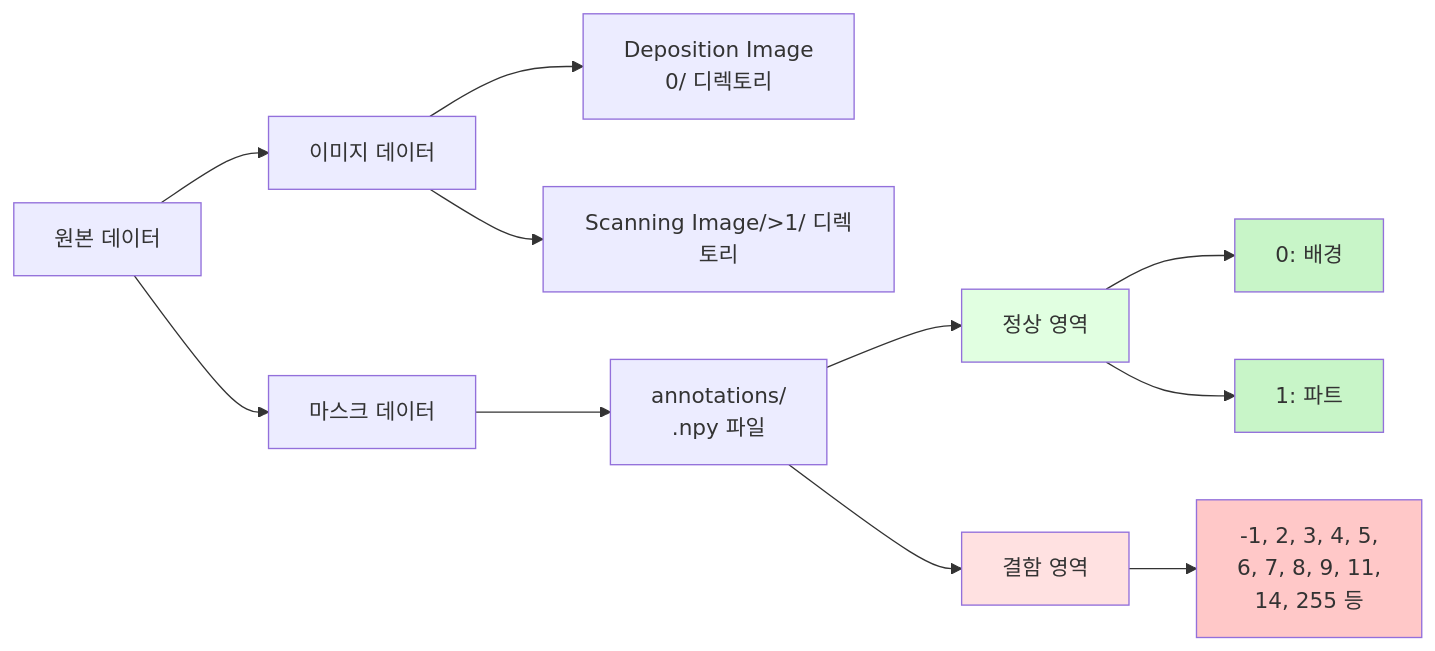
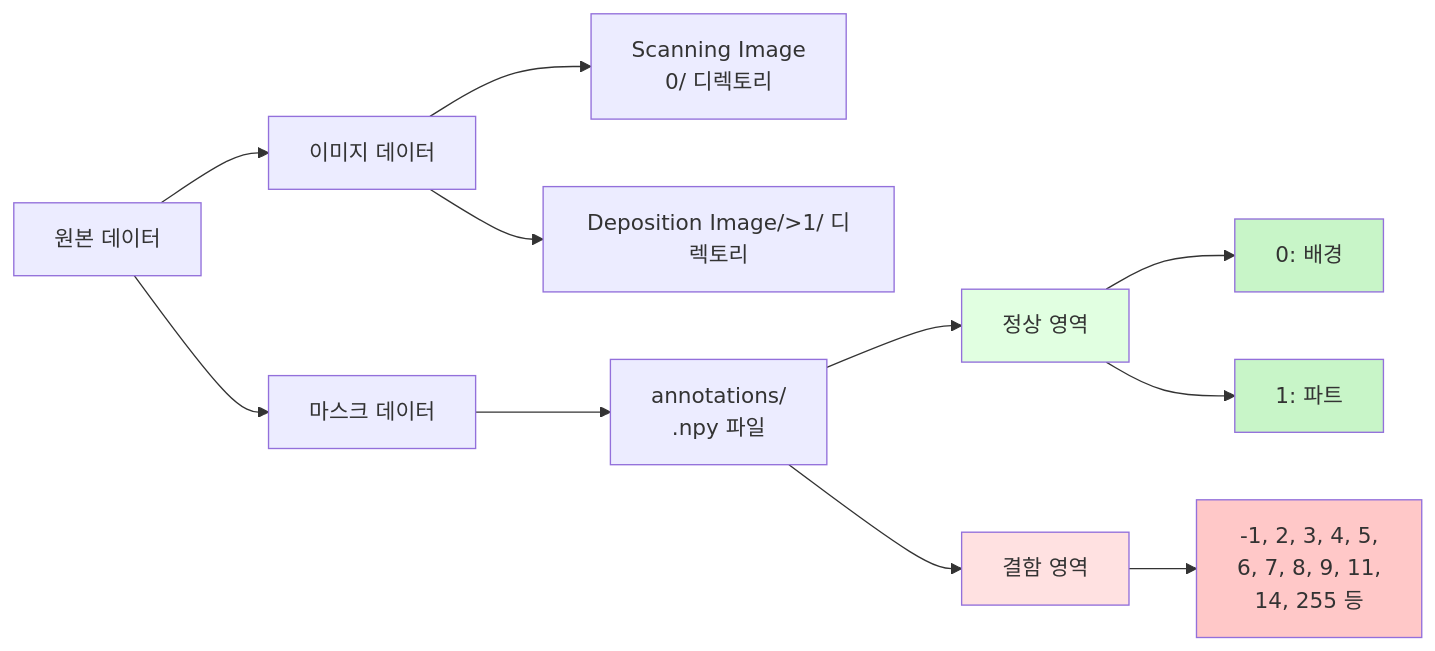
The second of 3 diagrams in README.md (20211938/IoT_FL_AM), drawn with Mermaid before and after one commit. The commit also changed other lines of this file, not shown here.

````diff
--- a/README.md
+++ b/README.md
@@ -79,24 +79,24 @@
 ```mermaid
 graph LR
     A[원본 데이터] --> B[이미지 데이터]
     A --> C[마스크 데이터]
     
-    B --> D[Deposition Image<br/>0/ 디렉토리]
-    B --> E[Scanning Image/>1/ 디렉토리]
+    B --> D[Scanning Image<br/>0/ 디렉토리]
+    B --> E[Deposition Image/>1/ 디렉토리]
     
     C --> F[annotations/<br/>.npy 파일]
     
     F --> G[정상 영역]
     F --> H[결함 영역]
     
     G --> G1[0: 배경]
     G --> G2[1: 파트]
     
     H --> H1[-1, 2, 3, 4, 5,<br/>6, 7, 8, 9, 11,<br/>14, 255 등]
     
     style G fill:#e1ffe1
     style H fill:#ffe1e1
     style G1 fill:#c8f5c8
     style G2 fill:#c8f5c8
     style H1 fill:#ffc8c8
 ```
````
